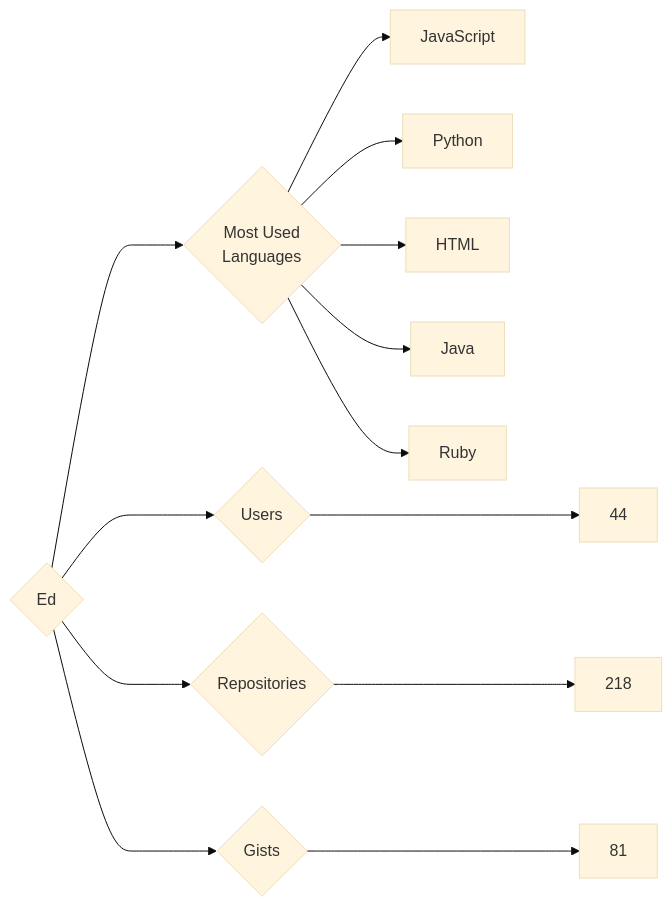
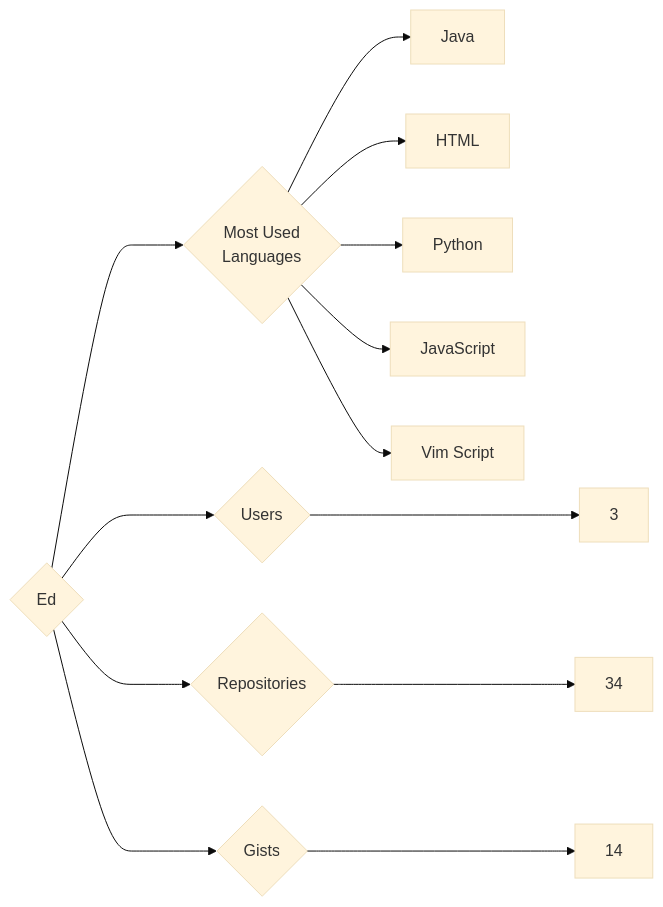
One commit to trickest/insiders changed the diagram in targets/Ed/README.md. Above: the diagram before and after it, drawn with Mermaid (base theme). The commit also changed 837 other files, not shown here.

````diff
--- a/targets/Ed/README.md
+++ b/targets/Ed/README.md
@@ -3,13 +3,13 @@
 ```mermaid
 graph LR
 COMPANY_NAME{Ed}
-COMPANY_NAME ---> U{Users} ---> UN[44]
-COMPANY_NAME ---> R{Repositories} ---> RN[218]
-COMPANY_NAME ---> G{Gists} ---> GN[81]
+COMPANY_NAME ---> U{Users} ---> UN[3]
+COMPANY_NAME ---> R{Repositories} ---> RN[34]
+COMPANY_NAME ---> G{Gists} ---> GN[14]
 COMPANY_NAME ---> ML{Most Used<br>Languages}
+ML --> Java[Java]
+ML --> HTML[HTML]
+ML --> Python[Python]
 ML --> JavaScript[JavaScript]
-ML --> Python[Python]
-ML --> HTML[HTML]
-ML --> Java[Java]
-ML --> Ruby[Ruby]
+ML --> Vim_Script[Vim Script]
 ```
````
